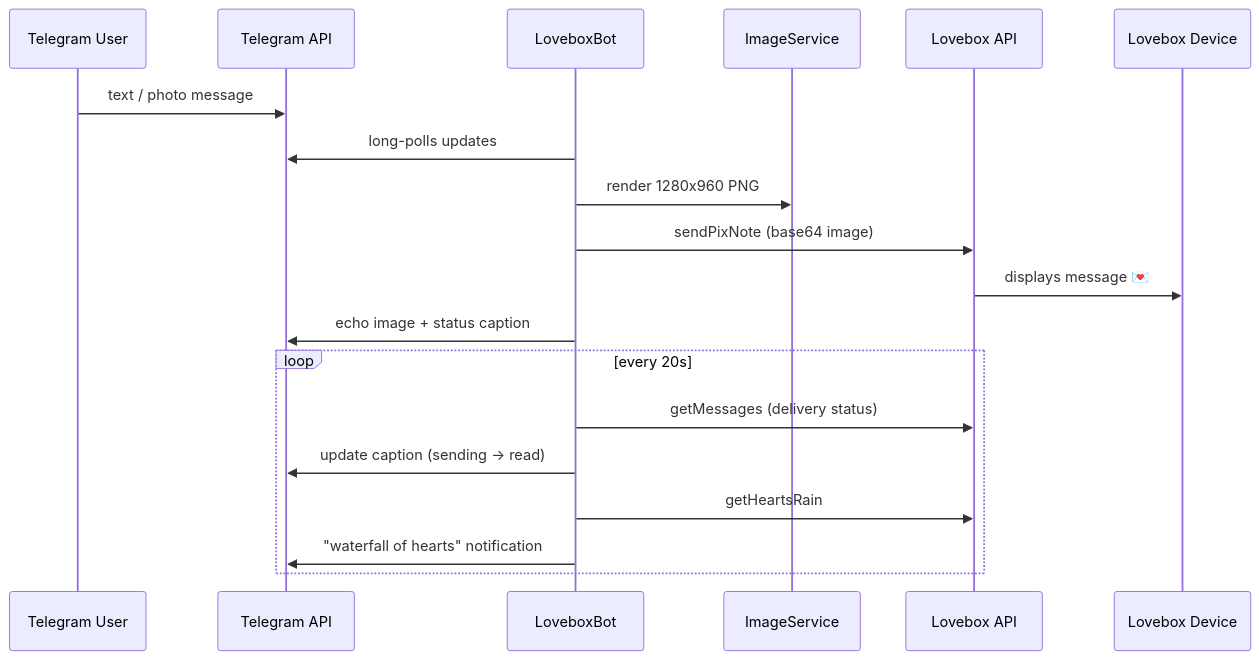
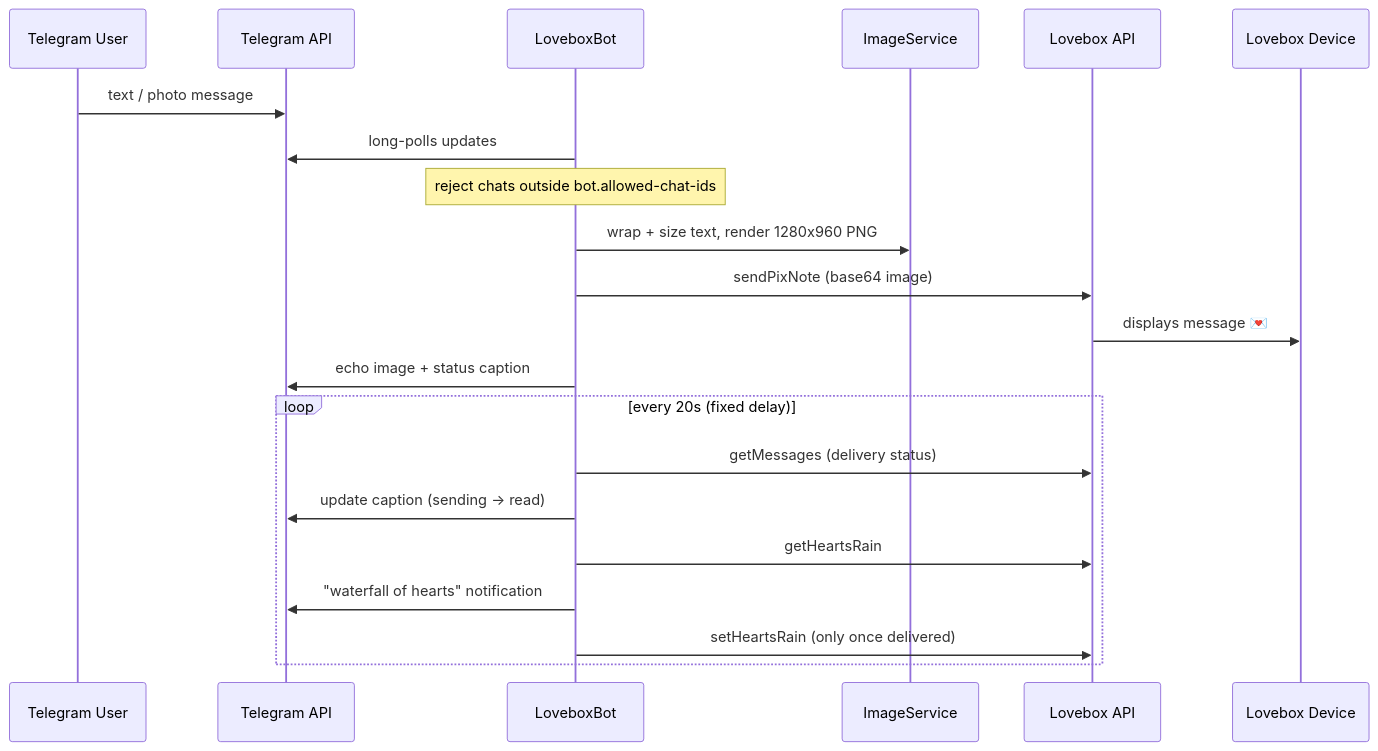
The diagram in README.md (patbaumgartner/lovebox-telegram-sender), drawn with Mermaid before and after one commit. The commit also changed other lines of this file and 3 other files, not shown here.

````diff
--- a/README.md
+++ b/README.md
@@ -25,22 +29,24 @@
 ```mermaid
 sequenceDiagram
     participant U as Telegram User
     participant T as Telegram API
     participant B as LoveboxBot
     participant I as ImageService
     participant L as Lovebox API
     participant D as Lovebox Device
 
     U->>T: text / photo message
     B->>T: long-polls updates
-    B->>I: render 1280x960 PNG
+    Note over B: reject chats outside bot.allowed-chat-ids
+    B->>I: wrap + size text, render 1280x960 PNG
     B->>L: sendPixNote (base64 image)
     L->>D: displays message 💌
     B->>T: echo image + status caption
-    loop every 20s
+    loop every 20s (fixed delay)
         B->>L: getMessages (delivery status)
         B->>T: update caption (sending → read)
         B->>L: getHeartsRain
         B->>T: "waterfall of hearts" notification
+        B->>L: setHeartsRain (only once delivered)
     end
 ```
````
